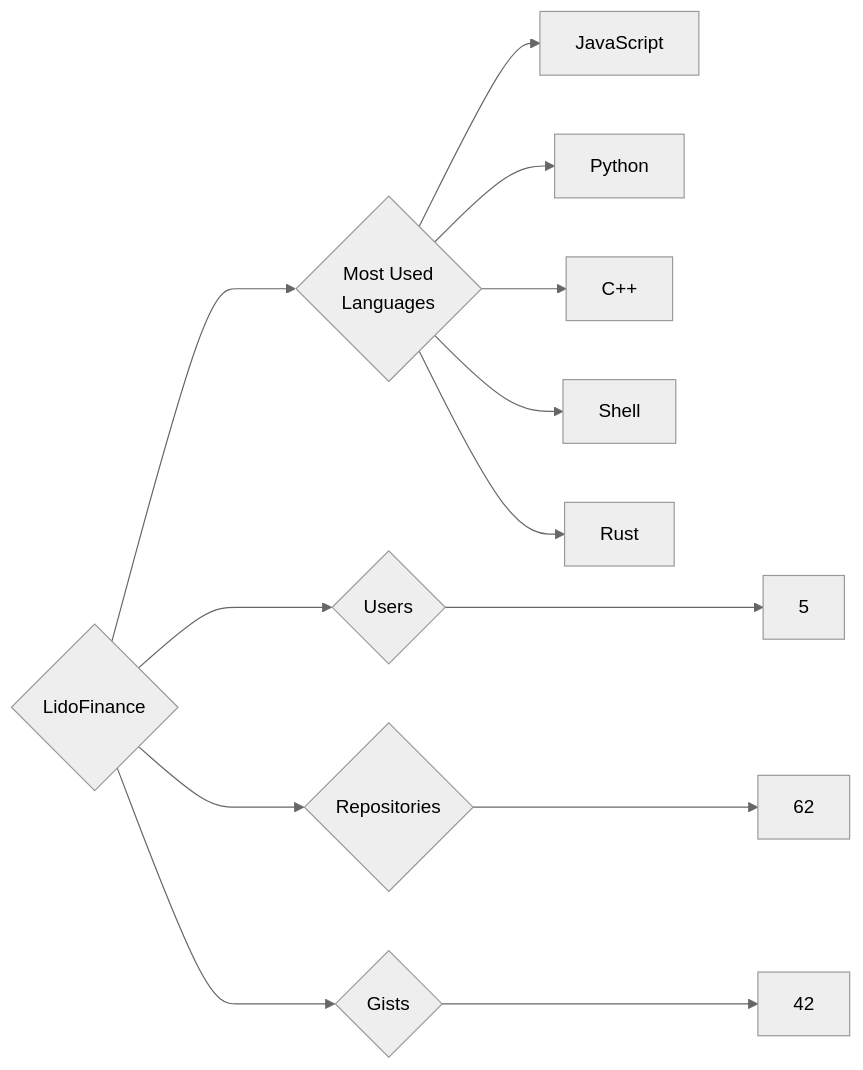
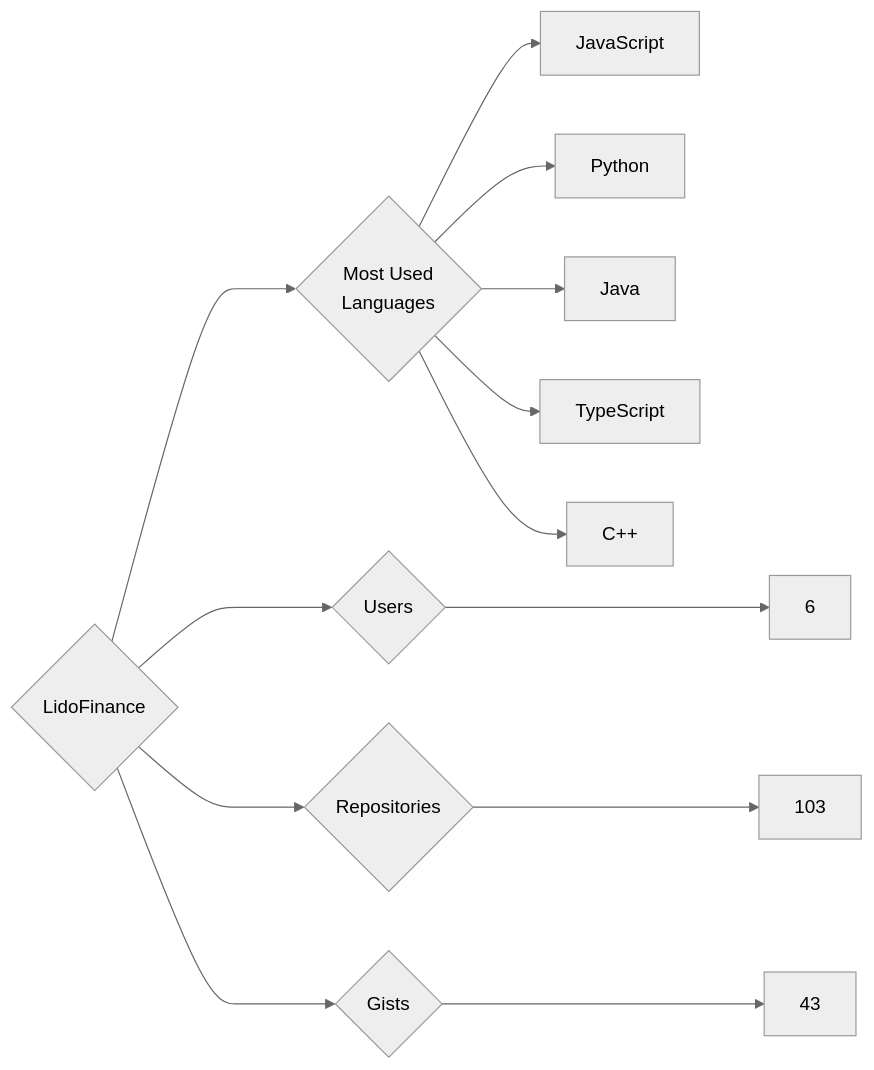
One commit to trickest/insiders changed the diagram in targets/LidoFinance/README.md. Above: the diagram before and after it, drawn with Mermaid (neutral theme). The commit also changed 1479 other files, not shown here.

````diff
--- a/targets/LidoFinance/README.md
+++ b/targets/LidoFinance/README.md
@@ -3,13 +3,13 @@
 ```mermaid
 graph LR
 COMPANY_NAME{LidoFinance}
-COMPANY_NAME ---> U{Users} ---> UN[5]
-COMPANY_NAME ---> R{Repositories} ---> RN[62]
-COMPANY_NAME ---> G{Gists} ---> GN[42]
+COMPANY_NAME ---> U{Users} ---> UN[6]
+COMPANY_NAME ---> R{Repositories} ---> RN[103]
+COMPANY_NAME ---> G{Gists} ---> GN[43]
 COMPANY_NAME ---> ML{Most Used<br>Languages}
 ML --> JavaScript[JavaScript]
 ML --> Python[Python]
+ML --> Java[Java]
+ML --> TypeScript[TypeScript]
 ML --> C++[C++]
-ML --> Shell[Shell]
-ML --> Rust[Rust]
 ```
````
